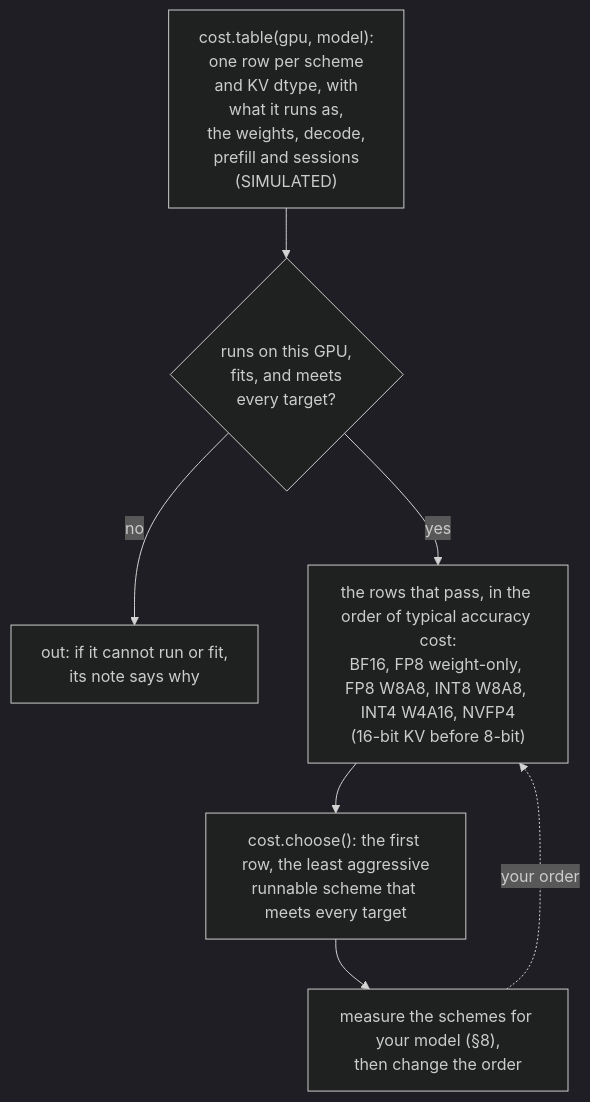
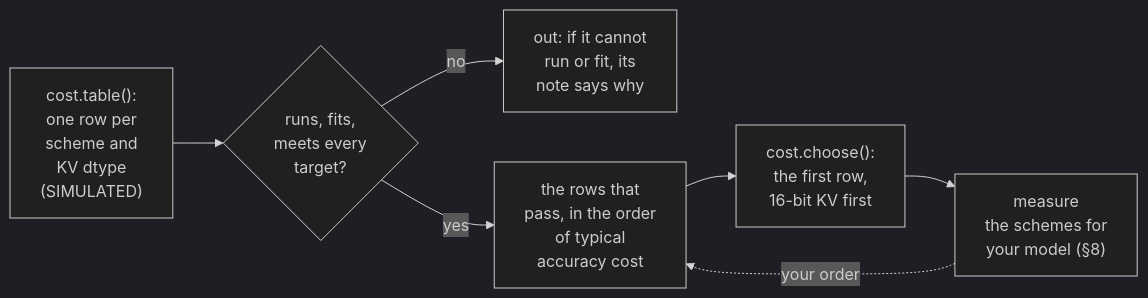
Before and after one commit to aniryou/full-stack-agentic-engineer: the third of 3 diagrams in 04-inference-engine/quantization/PRIMER.md, drawn with Mermaid (dark theme). The commit also changed other lines of this file and 633 other files, not shown here.

First line of the commit message:
Accessible language and one-screen figures, part 1: every figure fits a screen, the STE second pass over the layers (#53)

````diff
--- a/04-inference-engine/quantization/PRIMER.md
+++ b/04-inference-engine/quantization/PRIMER.md
@@ -868,9 +875,9 @@
 ```mermaid
-flowchart TB
-  T["cost.table(gpu, model):<br/>one row per scheme<br/>and KV dtype, with<br/>what it runs as,<br/>the weights, decode,<br/>prefill and sessions<br/>(SIMULATED)"] --> A{"runs on this GPU,<br/>fits, and meets<br/>every target?"}
-  A -->|"no"| X["out: if it cannot run or fit,<br/>its note says why"]
-  A -->|"yes"| O["the rows that pass, in the order of typical accuracy cost:<br/>BF16, FP8 weight-only, FP8 W8A8, INT8 W8A8, INT4 W4A16, NVFP4<br/>(16-bit KV before 8-bit)"]
-  O --> C["cost.choose(): the first row, the least aggressive<br/>runnable scheme that meets every target"]
-  C --> M["measure the schemes for your model (§8),<br/>then change the order"]
+flowchart LR
+  T["cost.table():<br/>one row per<br/>scheme and<br/>KV dtype<br/>(SIMULATED)"] --> A{"runs, fits,<br/>meets every<br/>target?"}
+  A -->|"no"| X["out: if it cannot<br/>run or fit, its<br/>note says why"]
+  A -->|"yes"| O["the rows that<br/>pass, in the order<br/>of typical<br/>accuracy cost"]
+  O --> C["cost.choose():<br/>the first row,<br/>16-bit KV first"]
+  C --> M["measure<br/>the schemes for<br/>your model (§8)"]
   M -.->|"your order"| O
 ```
````
